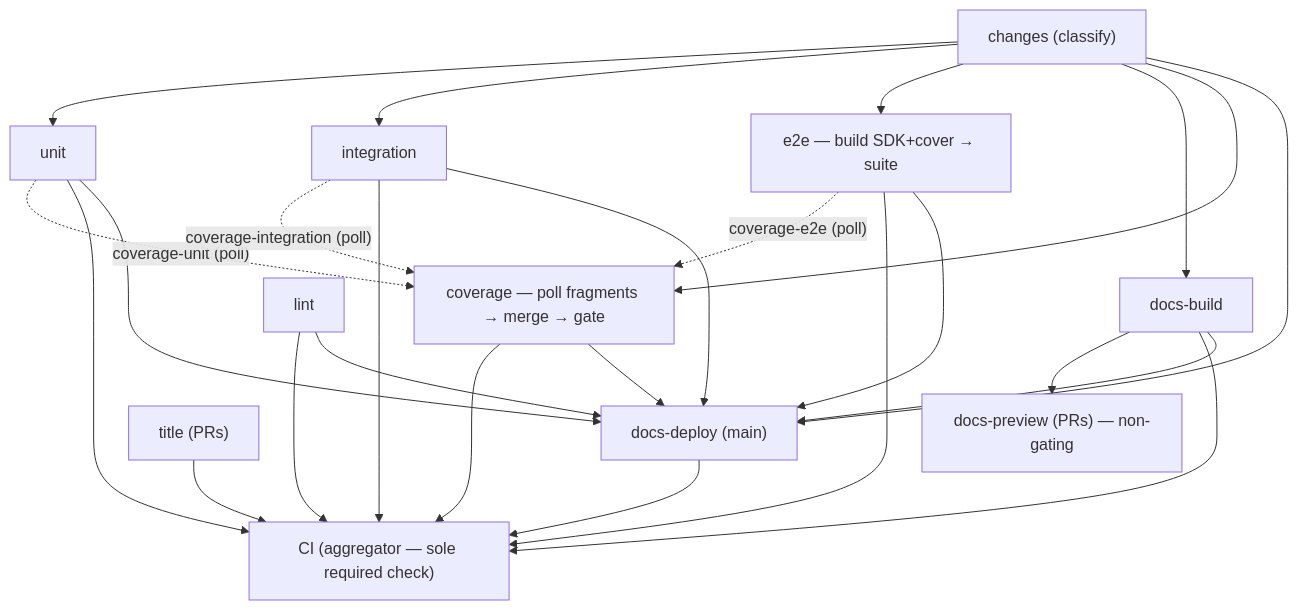
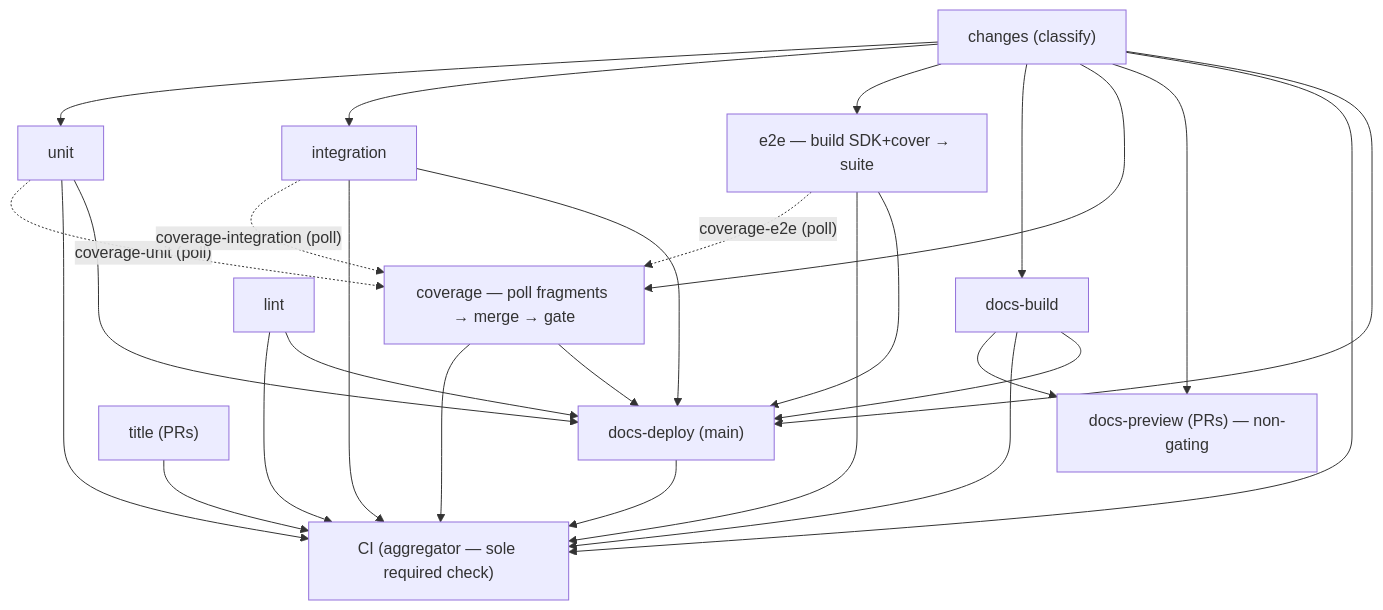
One commit to Wave-RF/WaveHouse changed the diagram in .github/workflows/README.md. Above: the diagram before and after it, drawn with Mermaid. The commit also changed 1 other file, not shown here.

Commit message:
docs: finish the job-graph audit, split the changelog entry
Two review findings.

The job graph still omitted two real `needs` edges — `changes --> ci`
and `changes --> preview` — while the legend three lines below says
flatly "Solid arrows are `needs` edges". Not a deliberate
simplification either: `changes --> deploy` IS drawn, so the diagram
contradicted itself. Adding both makes the edges into `ci` exactly the
aggregator's nine `needs`. The earlier commit in this PR audited that
diagram and stopped two edges short, which is the same defect class the
PR exists to remove.

The Grafana MCP fix also moves out of the WH001 entry into its own
`### Fixed` bullet. That entry's headline is about WH001 applying
everywhere; its last two sentences were about `make obs-grafana` and a
closed issue, which a reader scanning for either would not find. The
repo's convention is one thorough bullet per change.

Claude-Session: https://claude.ai/code/session_01MB4oPy9yfUHSe8FjnDmeZH

````diff
--- a/.github/workflows/README.md
+++ b/.github/workflows/README.md
@@ -7,27 +7,29 @@
 ```mermaid
 graph TB
     changes["changes (classify)"] --> unit["unit"]
     changes --> integration["integration"]
     changes --> e2e["e2e — build SDK+cover → suite"]
     changes --> docsbuild["docs-build"]
     changes --> coverage["coverage — poll fragments → merge → gate"]
     docsbuild --> preview["docs-preview (PRs) — non-gating"]
+    changes --> preview
     unit -. "coverage-unit (poll)" .-> coverage
     integration -. "coverage-integration (poll)" .-> coverage
     e2e -. "coverage-e2e (poll)" .-> coverage
     title["title (PRs)"] --> ci["CI (aggregator — sole required check)"]
+    changes --> ci
     lint["lint"] --> ci
     coverage --> ci
     e2e --> ci
     unit --> ci
     integration --> ci
     docsbuild --> ci
     deploy["docs-deploy (main)"] --> ci
     changes --> deploy
     lint --> deploy
     docsbuild --> deploy
     unit --> deploy
     integration --> deploy
     e2e --> deploy
     coverage --> deploy
 ```
````
